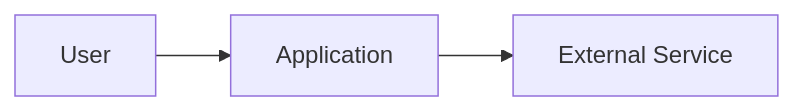
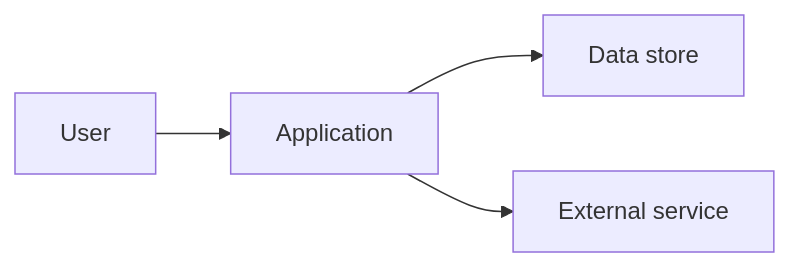
One commit to wxggzz/project-to-study changed the diagram in references/templates/06-architecture.md. Above: the diagram before and after it, drawn with Mermaid. The commit also changed other lines of this file and 12 other files, not shown here.

````diff
--- a/references/templates/06-architecture.md
+++ b/references/templates/06-architecture.md
@@ -9,5 +14,6 @@
 ```mermaid
 flowchart LR
   User["User"] --> App["Application"]
-  App --> External["External Service"]
+  App --> Store["Data store"]
+  App --> External["External service"]
 ```
````
